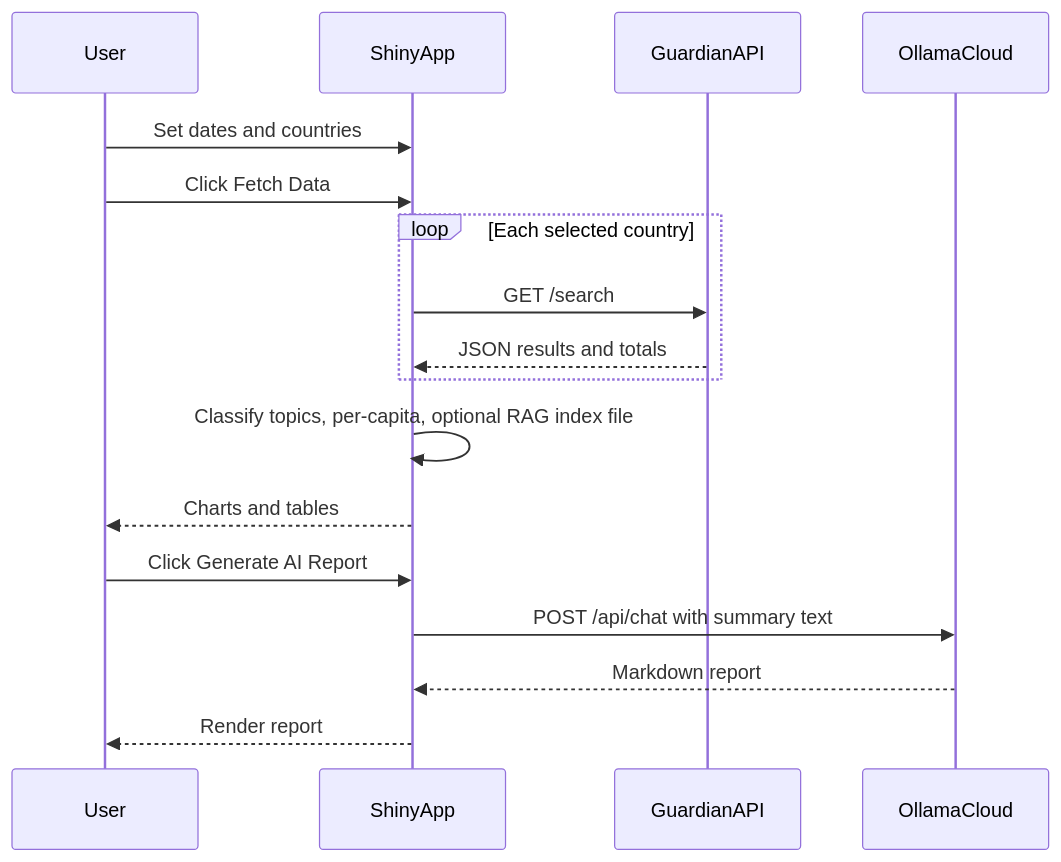
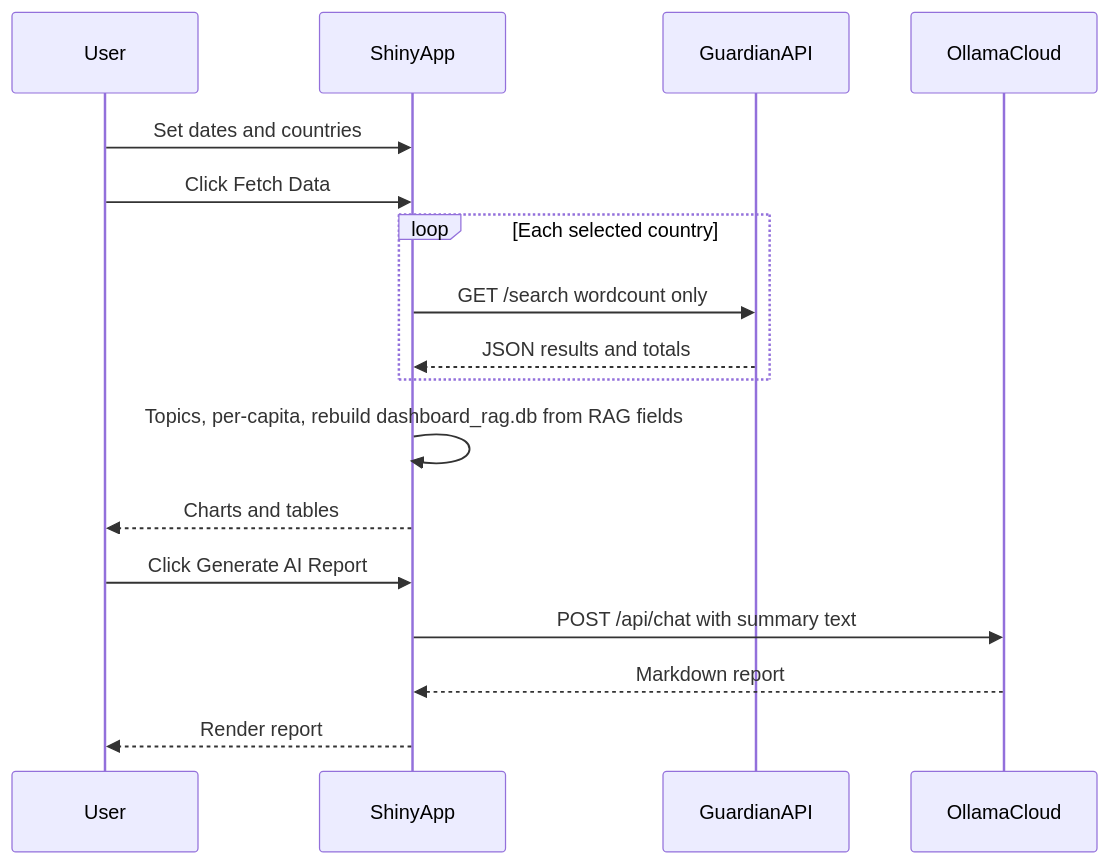
Before and after one commit to vvnu0/sysen5381: the first of 3 diagrams in 04_deployment/app/README.md, drawn with Mermaid. The commit also changed other lines of this file and 1 other file, not shown here.

First line of the commit message:
Update deployment app README and app.py

````diff
--- a/04_deployment/app/README.md
+++ b/04_deployment/app/README.md
@@ -70,20 +46,20 @@
 ```mermaid
 sequenceDiagram
     participant User
     participant ShinyApp
     participant GuardianAPI
     participant OllamaCloud
 
     User->>ShinyApp: Set dates and countries
     User->>ShinyApp: Click Fetch Data
     loop Each selected country
-        ShinyApp->>GuardianAPI: GET /search
+        ShinyApp->>GuardianAPI: GET /search wordcount only
         GuardianAPI-->>ShinyApp: JSON results and totals
     end
-    ShinyApp->>ShinyApp: Classify topics, per-capita, optional RAG index file
+    ShinyApp->>ShinyApp: Topics, per-capita, rebuild dashboard_rag.db from RAG fields
     ShinyApp-->>User: Charts and tables
     User->>ShinyApp: Click Generate AI Report
     ShinyApp->>OllamaCloud: POST /api/chat with summary text
     OllamaCloud-->>ShinyApp: Markdown report
     ShinyApp-->>User: Render report
 ```
````
